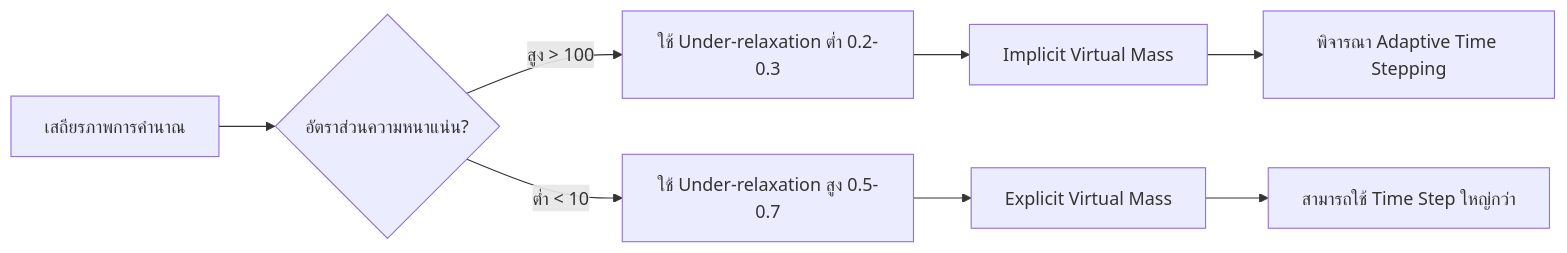
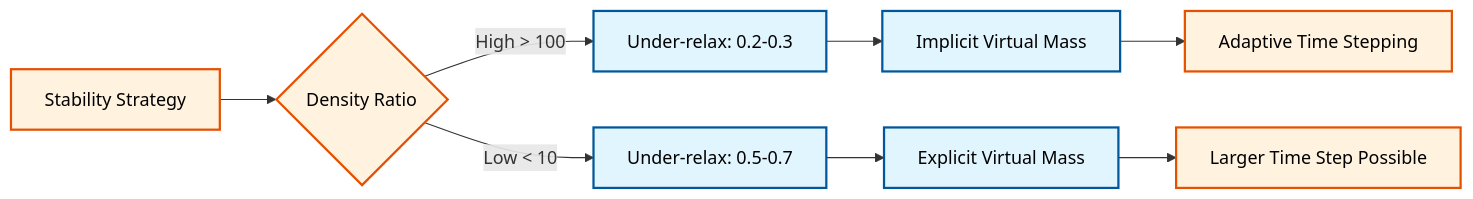
One commit to wramet/build-my-cfd changed the fourth of 6 diagrams in MODULE_04_MULTIPHASE_FUNDAMENTALS/CONTENT/08_MODEL_SELECTION/05_Model_Selection_Flowchart.md. Above: the diagram before and after it, drawn with Mermaid. The commit also changed other lines of this file and 313 other files, not shown here.

Commit message:
Revise all diagram

````diff
--- a/MODULE_04_MULTIPHASE_FUNDAMENTALS/CONTENT/08_MODEL_SELECTION/05_Model_Selection_Flowchart.md
+++ b/MODULE_04_MULTIPHASE_FUNDAMENTALS/CONTENT/08_MODEL_SELECTION/05_Model_Selection_Flowchart.md
@@ -725,12 +720,12 @@
 ```mermaid
 flowchart LR
-    A[เสถียรภาพการคำนาณ] --> B{อัตราส่วนความหนาแน่น?}
-    B -->|สูง > 100| C[ใช้ Under-relaxation ต่ำ 0.2-0.3]
-    B -->|ต่ำ < 10| D[ใช้ Under-relaxation สูง 0.5-0.7]
-
-    C --> E[Implicit Virtual Mass]
-    D --> F[Explicit Virtual Mass]
-
-    E --> G[พิจารณา Adaptive Time Stepping]
-    F --> H[สามารถใช้ Time Step ใหญ่กว่า]
+classDef implicit fill:#e1f5fe,stroke:#01579b,stroke-width:2px,color:#000
+classDef explicit fill:#fff3e0,stroke:#e65100,stroke-width:2px,color:#000
+A[Stability Strategy]:::explicit --> B{Density Ratio}:::explicit
+B -->|High > 100| C[Under-relax: 0.2-0.3]:::implicit
+B -->|Low < 10| D[Under-relax: 0.5-0.7]:::implicit
+C --> E[Implicit Virtual Mass]:::implicit
+D --> F[Explicit Virtual Mass]:::implicit
+E --> G[Adaptive Time Stepping]:::explicit
+F --> H[Larger Time Step Possible]:::explicit
 ```
````
